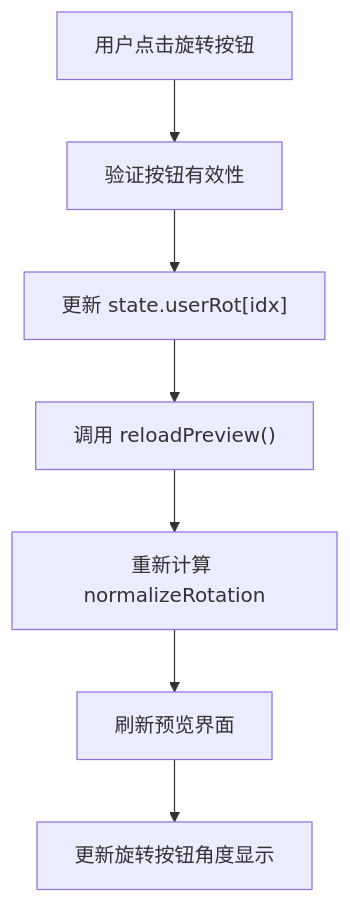
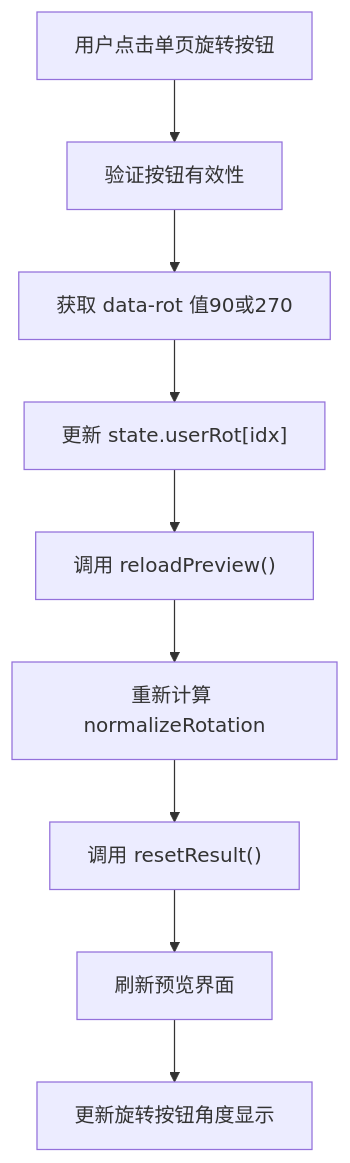
The fifth of 9 diagrams in .qoder/repowiki/zh/content/PDF处理引擎/旋转校正算法.md (wzh8080/PDFTools), drawn with Mermaid before and after one commit. The commit also changed other lines of this file and 28 other files, not shown here.

````diff
--- a/.qoder/repowiki/zh/content/PDF处理引擎/旋转校正算法.md
+++ b/.qoder/repowiki/zh/content/PDF处理引擎/旋转校正算法.md
@@ -180,9 +249,11 @@
 ```mermaid
 flowchart TD
-Click["用户点击旋转按钮"] --> Validate["验证按钮有效性"]
-Validate --> UpdateState["更新 state.userRot[idx]"]
+Click["用户点击单页旋转按钮"] --> Validate["验证按钮有效性"]
+Validate --> GetStep["获取 data-rot 值90或270"]
+GetStep --> UpdateState["更新 state.userRot[idx]"]
 UpdateState --> Reload["调用 reloadPreview()"]
 Reload --> Recalc["重新计算 normalizeRotation"]
-Recalc --> Refresh["刷新预览界面"]
+Recalc --> Reset["调用 resetResult()"]
+Reset --> Refresh["刷新预览界面"]
 Refresh --> UpdateUI["更新旋转按钮角度显示"]
 ```
````
